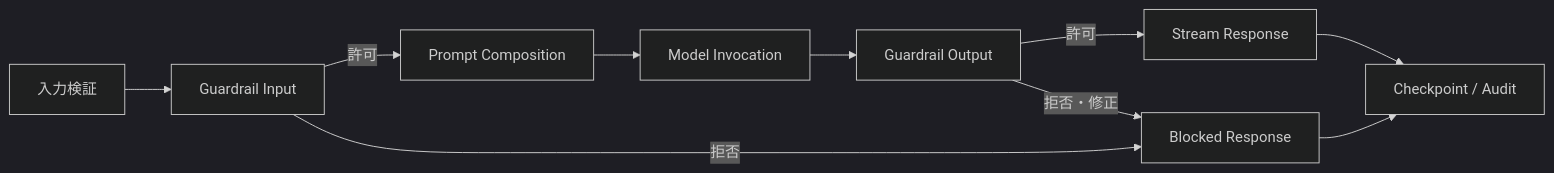
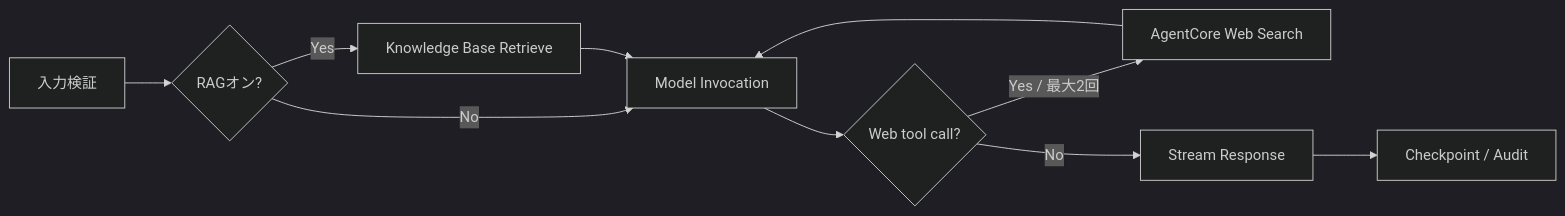
Before and after one commit to nia-ai-lab/aws-generative-ai-chat-demo: the second of 4 diagrams in docs/system-design.md, drawn with Mermaid (dark theme). The commit also changed other lines of this file and 55 other files, not shown here.

Commit message:
feat: add opt-in web search and serverless RAG

````diff
--- a/docs/system-design.md
+++ b/docs/system-design.md
@@ -224,12 +236,12 @@
 ```mermaid
 flowchart LR
-    V["入力検証"] --> GI["Guardrail Input"]
-    GI -->|許可| PC["Prompt Composition"]
-    GI -->|拒否| BR["Blocked Response"]
-    PC --> MM["Model Invocation"]
-    MM --> GO["Guardrail Output"]
-    GO -->|許可| SR["Stream Response"]
-    GO -->|拒否・修正| BR
+    V["入力検証"] --> R{"RAGオン?"}
+    R -->|Yes| KB["Knowledge Base Retrieve"]
+    R -->|No| MM["Model Invocation"]
+    KB --> MM
+    MM --> W{"Web tool call?"}
+    W -->|Yes / 最大2回| WS["AgentCore Web Search"]
+    WS --> MM
+    W -->|No| SR["Stream Response"]
     SR --> CP["Checkpoint / Audit"]
-    BR --> CP
 ```
````
